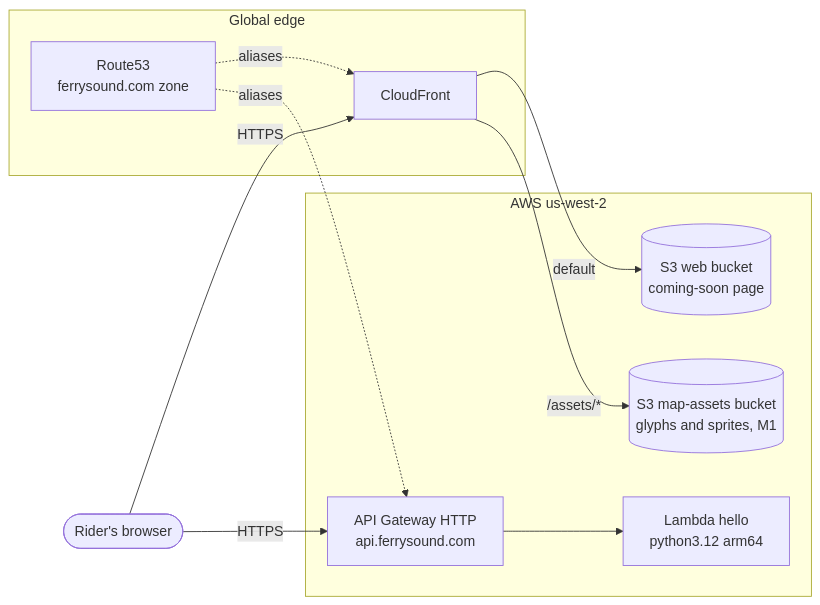
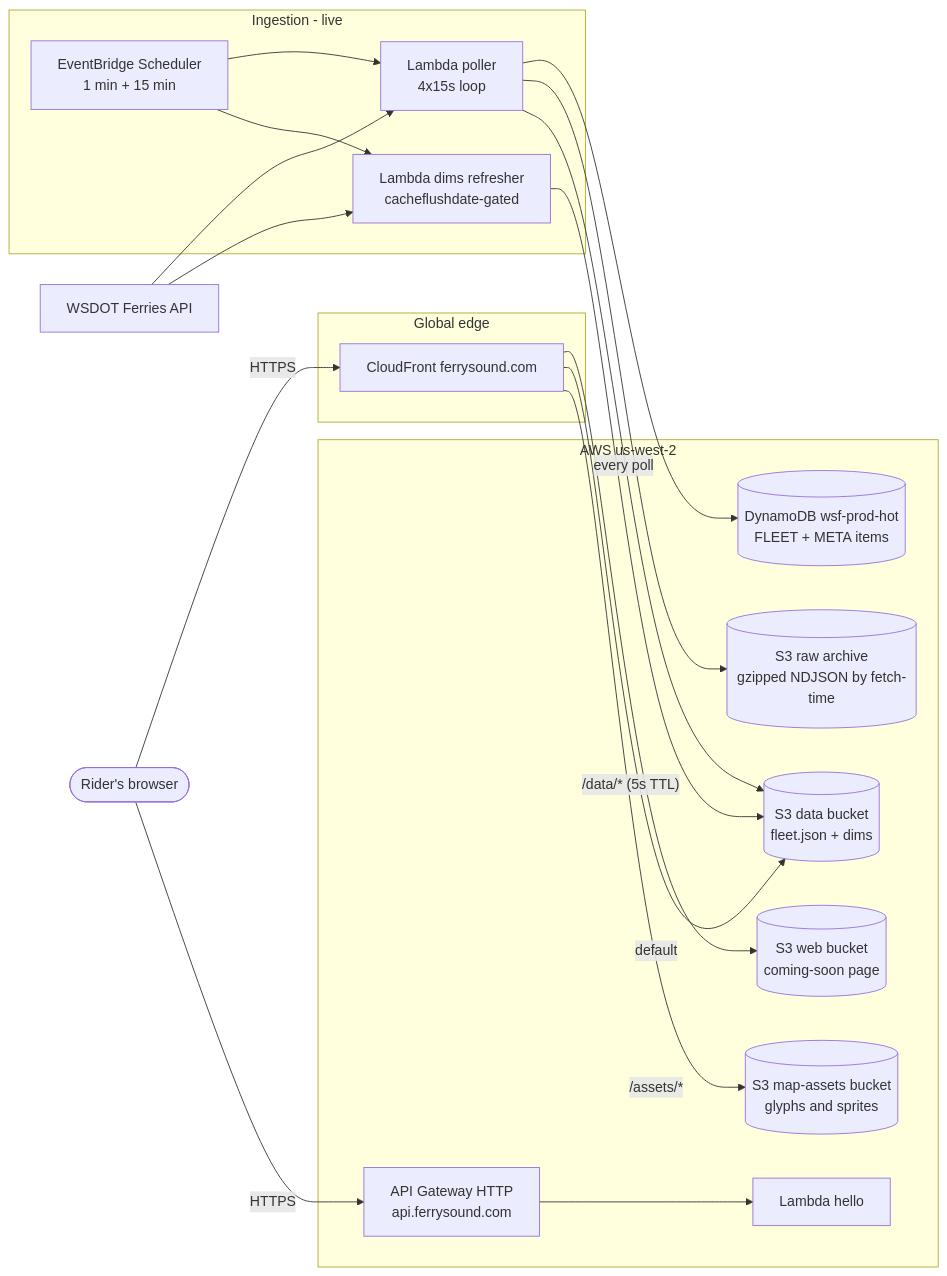
One commit to ryankirkland/wsf-ferry-companion changed the first of 3 diagrams in docs/architecture.md. Above: the diagram before and after it, drawn with Mermaid. The commit also changed other lines of this file and 3 other files, not shown here.

````diff
--- a/docs/architecture.md
+++ b/docs/architecture.md
@@ -10,23 +10,36 @@
 ```mermaid
 flowchart LR
+    WSF[WSDOT Ferries API]
     U([Rider's browser])
 
-    subgraph edge [Global edge]
-        R53[Route53<br/>ferrysound.com zone]
-        CF[CloudFront]
+    subgraph ingest [Ingestion - live]
+        EB[EventBridge Scheduler<br/>1 min + 15 min] --> POLL[Lambda poller<br/>4x15s loop]
+        EB --> DIMS[Lambda dims refresher<br/>cacheflushdate-gated]
     end
 
     subgraph usw2 [AWS us-west-2]
+        DDB[(DynamoDB wsf-prod-hot<br/>FLEET + META items)]
+        RAW[(S3 raw archive<br/>gzipped NDJSON by fetch-time)]
+        DATA[(S3 data bucket<br/>fleet.json + dims)]
         WEB[(S3 web bucket<br/>coming-soon page)]
-        ASSETS[(S3 map-assets bucket<br/>glyphs and sprites, M1)]
+        ASSETS[(S3 map-assets bucket<br/>glyphs and sprites)]
         AGW[API Gateway HTTP<br/>api.ferrysound.com]
-        HELLO[Lambda hello<br/>python3.12 arm64]
+        HELLO[Lambda hello]
     end
 
+    subgraph edge [Global edge]
+        CF[CloudFront ferrysound.com]
+    end
+
+    WSF --> POLL
+    WSF --> DIMS
+    POLL --> DDB
+    POLL --> RAW
+    POLL -- every poll --> DATA
+    DIMS --> DATA
     U -- HTTPS --> CF
     CF -- default --> WEB
+    CF -- "/data/* (5s TTL)" --> DATA
     CF -- "/assets/*" --> ASSETS
     U -- HTTPS --> AGW --> HELLO
-    R53 -.aliases.-> CF
-    R53 -.aliases.-> AGW
 ```
````
